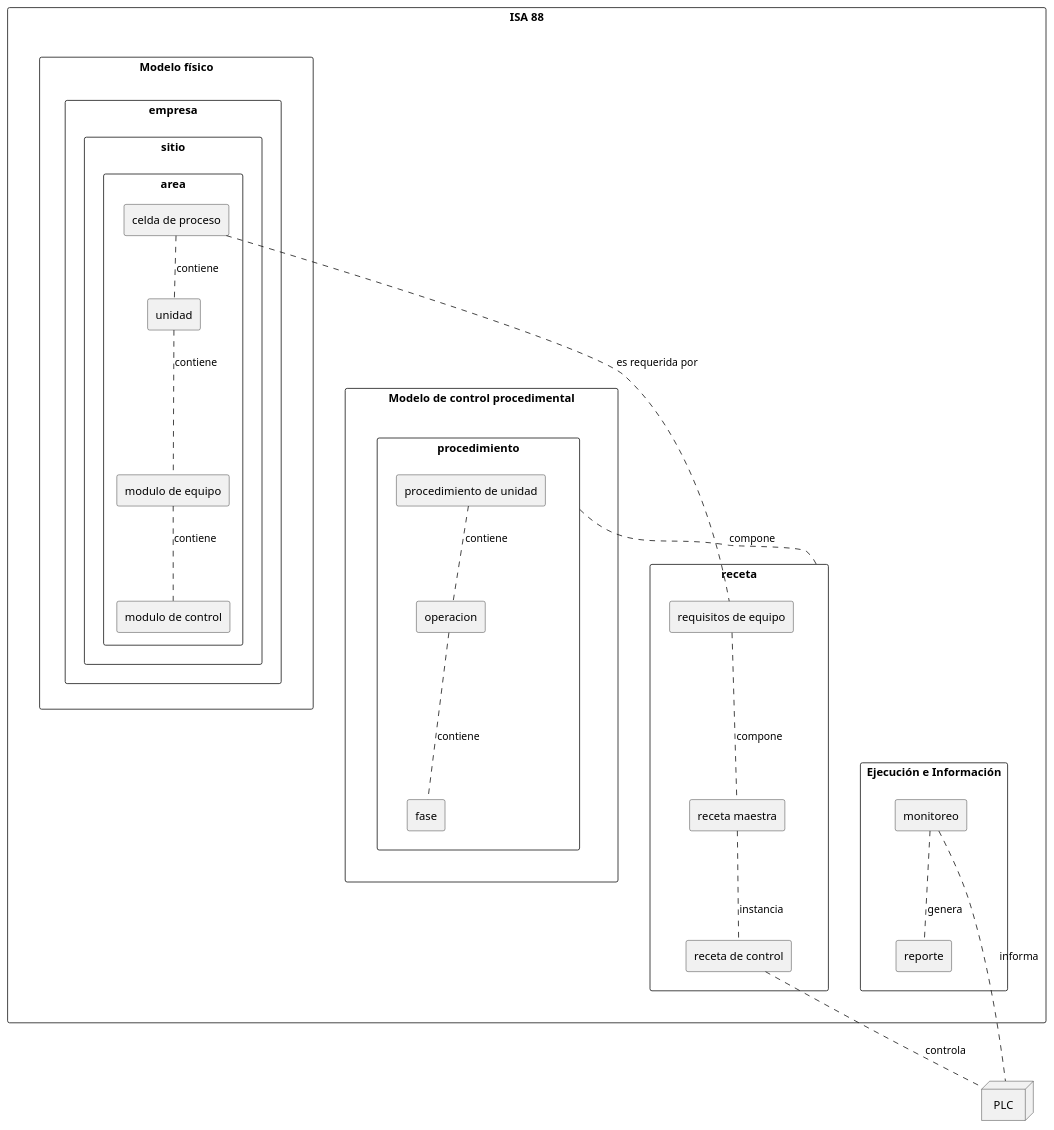
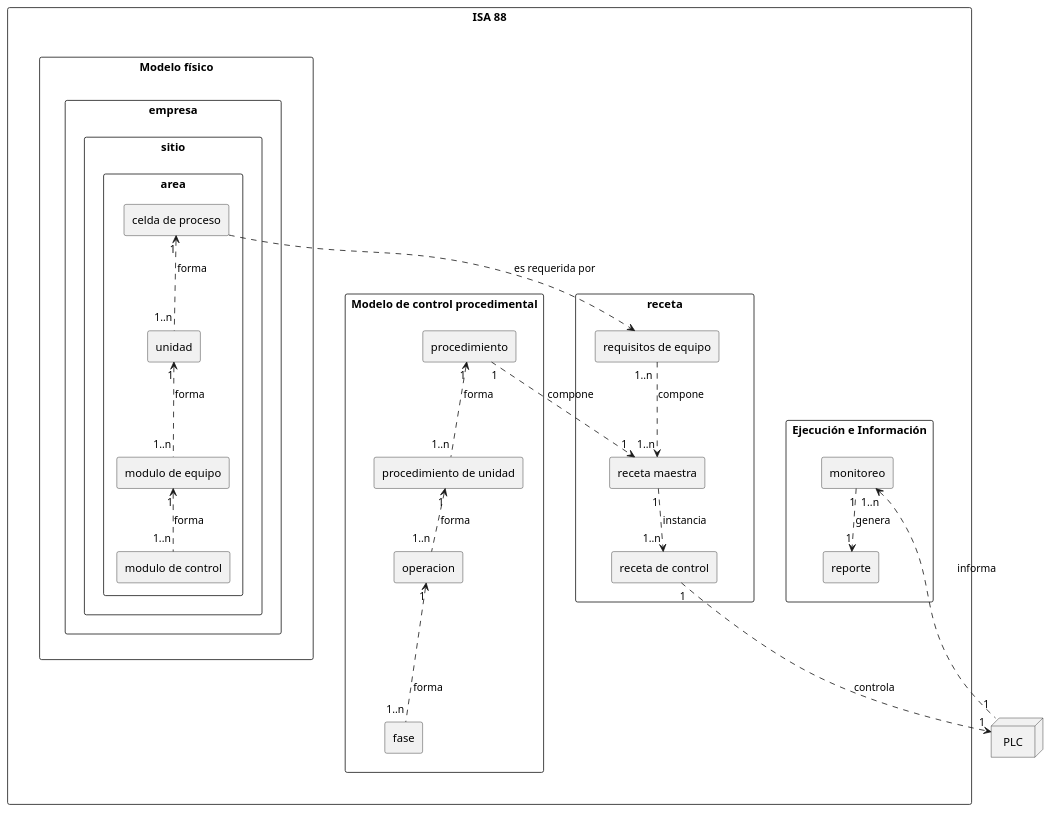
One commit to Dandrvms/diagramas-y-referencias changed the diagram in dominio-isa88.puml. Above: the diagram before and after it, drawn with PlantUML.

```diff
--- a/dominio-isa88.puml
+++ b/dominio-isa88.puml
@@ -1,83 +1,86 @@
 @startuml
 skinparam monochrome true
 skinparam shadowing false
 skinparam packageStyle rectangle
 
 package "ISA 88" as s88 {
 
     package "Modelo físico" as fisico {
         rectangle empresa {
             rectangle sitio {
                 rectangle area {
                     rectangle "celda de proceso" as celda
                     rectangle unidad
                     rectangle "modulo de equipo" as equipo
                     rectangle "modulo de control" as controlm
                 }
             }
         }
     }
 
     package "Modelo de control procedimental" as procedural {
-        rectangle procedimiento {
+        rectangle procedimiento 
             rectangle "procedimiento de unidad" as UP
             rectangle operacion
             rectangle fase
-        }
+        
     }
 
     package receta {
         rectangle "requisitos de equipo" as requipo
         rectangle "receta maestra" as maestra
         rectangle "receta de control" as rcontrol
     }
 
     package "Ejecución e Información" as runtime {
         rectangle monitoreo
         rectangle reporte
     }
 
     ' --- FORZAR EL ORDENAMIENTO INTERNO (Columnas) ---
     fisico -[hidden]right-> procedural
     procedural -[hidden]right-> receta
     receta -[hidden]down-> runtime
 
     ' --- CONEXIONES INTERNAS DE ISA 88 ---
-    celda .. unidad : contiene
-    unidad .. equipo : contiene
-    equipo .. controlm : contiene
+    celda "1" <.. "1..n" unidad : forma
+    unidad "1" <.. "1..n" equipo : forma
+    equipo "1" <.. "1..n" controlm : forma
 
-    UP .. operacion : contiene
-    operacion .. fase : contiene
+    procedimiento "1" <.. "1..n" UP : forma
+    UP "1" <.. "1..n" operacion : forma
+    operacion "1" <.. "1..n" fase : forma
 
-    requipo .. maestra : compone
-    maestra .. rcontrol : instancia
 
-    monitoreo .. reporte : genera
+    procedimiento "1" ..> "1" maestra : compone
+    requipo "1..n "..> "1..n" maestra : compone
+    maestra "1" ..> "1..n" rcontrol : instancia
+
+    monitoreo "1" ..> "1" reporte : genera
 
     ' Conexiones que cruzan paquetes internos
-    celda .. requipo : es requerida por
+    celda ..> requipo : es requerida por
     controlm .[hidden]. fase
 
     ' >>> NUEVA CONEXIÓN AGREGADA AQUÍ <<<
     ' Conecta el modelo procedural con el de receta horizontalmente
-    procedimiento .. receta : compone
+    
     
     ' (Opcional) Conexión directa de Fase a Requisitos de Equipo
     ' fase ..> requipo 
 
 }
 
 ' --- AGENTE EXTERNO ---
 node "PLC" as PLC
 
 ' --- FORZAR QUE EL PLC QUEDE FUERA Y A LA DERECHA ---
 s88 -[hidden]right- PLC
 
 
 ' --- CONEXIONES HACIA EL AGENTE EXTERNO ---
-rcontrol .. PLC : controla
-PLC .up. monitoreo : informa
+rcontrol "1" ..> "1" PLC : controla
+PLC "1" .up.> "1..n" monitoreo : informa
 
 
 @enduml
```
